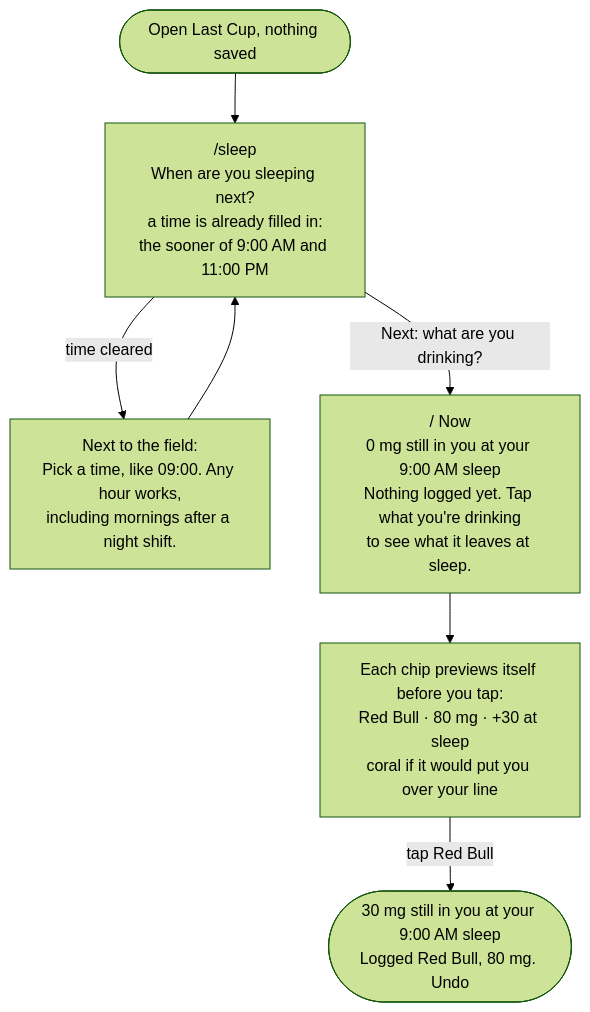
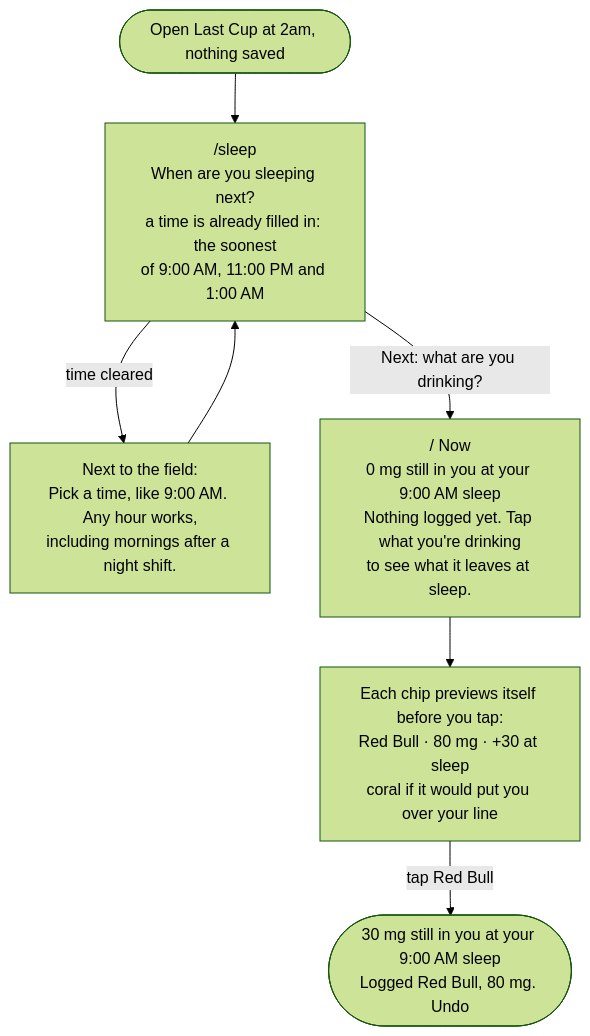
Before and after one commit to nocturnalvigilante/design_ship_build_homework_3: the second of 5 diagrams in README.md, drawn with Mermaid (forest theme). The commit also changed other lines of this file and 3 other files, not shown here.

````diff
--- a/README.md
+++ b/README.md
@@ -66,9 +79,9 @@
 ```mermaid
 flowchart TD
-  A([Open Last Cup, nothing saved]) --> B["/sleep<br/>When are you sleeping next?<br/>a time is already filled in:<br/>the sooner of 9:00 AM and 11:00 PM"]
-  B -- "time cleared" --> E1["Next to the field:<br/>Pick a time, like 09:00. Any hour works,<br/>including mornings after a night shift."]
+  A([Open Last Cup at 2am, nothing saved]) --> B["/sleep<br/>When are you sleeping next?<br/>a time is already filled in: the soonest<br/>of 9:00 AM, 11:00 PM and 1:00 AM"]
+  B -- "time cleared" --> E1["Next to the field:<br/>Pick a time, like 9:00 AM. Any hour works,<br/>including mornings after a night shift."]
   E1 --> B
   B -- "Next: what are you drinking?" --> C["/ Now<br/>0 mg still in you at your 9:00 AM sleep<br/>Nothing logged yet. Tap what you're drinking<br/>to see what it leaves at sleep."]
   C --> D["Each chip previews itself before you tap:<br/>Red Bull · 80 mg · +30 at sleep<br/>coral if it would put you over your line"]
   D -- "tap Red Bull" --> F(["30 mg still in you at your 9:00 AM sleep<br/>Logged Red Bull, 80 mg. Undo"])
 ```
````
